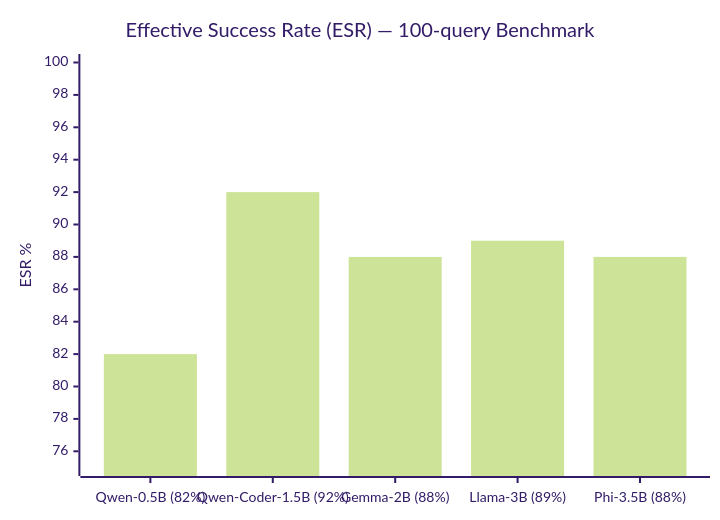
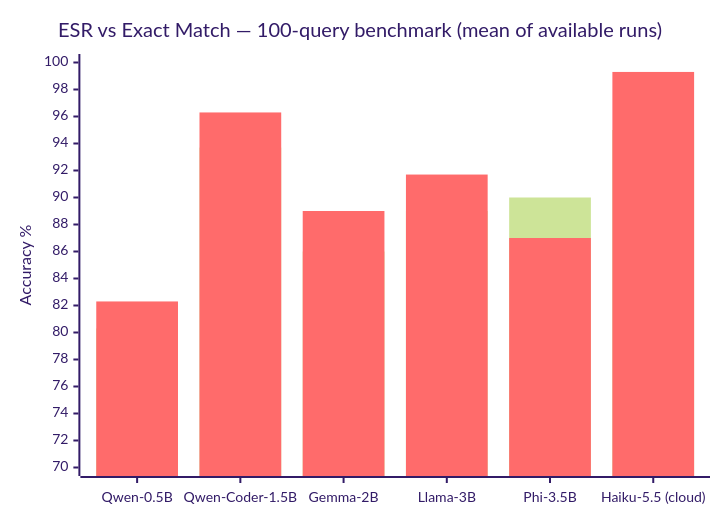
One commit to Prashanthkumarpk/floria changed the second of 2 diagrams in README.md. Above: the diagram before and after it, drawn with Mermaid (forest theme). The commit also changed other lines of this file and 2 other files, not shown here.

````diff
--- a/README.md
+++ b/README.md
@@ -245,7 +290,8 @@
 ```mermaid
 xychart-beta
-    title "Effective Success Rate (ESR) — 100-query Benchmark"
-    x-axis ["Qwen-0.5B (82%)", "Qwen-Coder-1.5B (92%)", "Gemma-2B (88%)", "Llama-3B (89%)", "Phi-3.5B (88%)"]
-    y-axis "ESR %" 75 --> 100
-    bar [82, 92, 88, 89, 88]
+    title "ESR vs Exact Match — 100-query benchmark (mean of available runs)"
+    x-axis ["Qwen-0.5B", "Qwen-Coder-1.5B", "Gemma-2B", "Llama-3B", "Phi-3.5B", "Haiku-5.5 (cloud)"]
+    y-axis "Accuracy %" 70 --> 100
+    bar [80.3, 93.7, 86.0, 89.0, 90.0, 95.0]
+    bar [82.3, 96.3, 89.0, 91.7, 87.0, 99.3]
 ```
````
